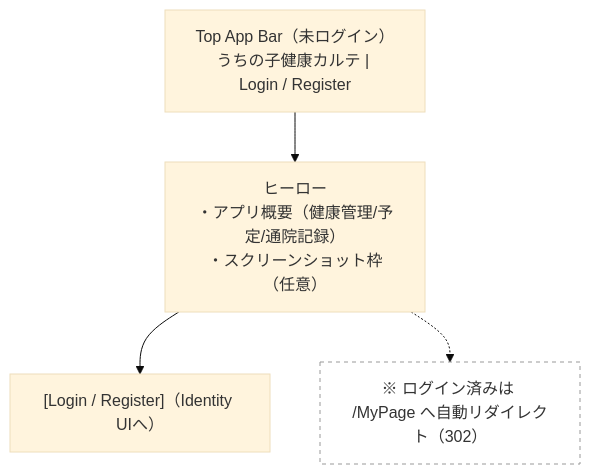
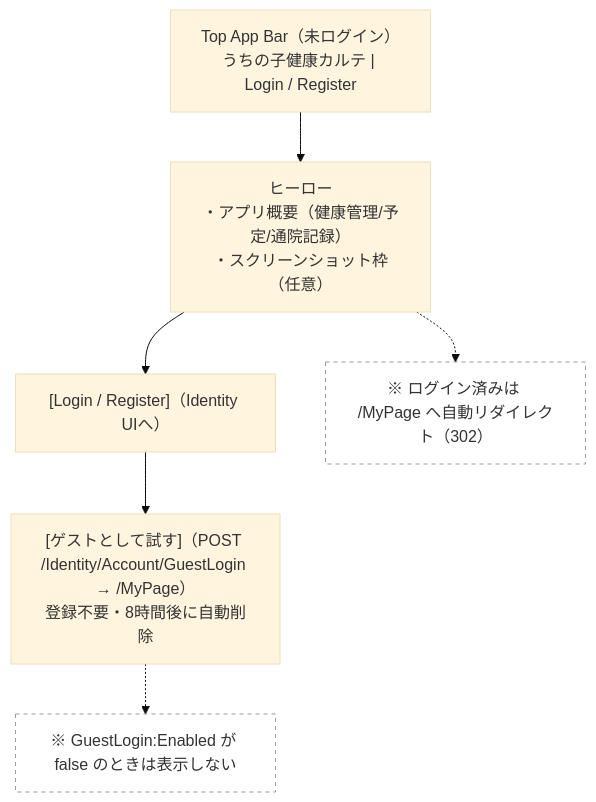
Before and after one commit to Cat5Dog2/PetHealthManagement: the second of 24 diagrams in docs/ui-wireframe.md, drawn with Mermaid (base theme). The commit also changed other lines of this file and 8 other files, not shown here.

First line of the commit message:
docs: specify guest login for trying the app without signing up

````diff
--- a/docs/ui-wireframe.md
+++ b/docs/ui-wireframe.md
@@ -41,12 +46,15 @@
 ```mermaid
 flowchart TB
   Header["Top App Bar（未ログイン）<br/>うちの子健康カルテ | Login / Register"]
   Hero["ヒーロー<br/>・アプリ概要（健康管理/予定/通院記録）<br/>・スクリーンショット枠（任意）"]
   CTA["[Login / Register]（Identity UIへ）"]
+  GuestCTA["[ゲストとして試す]（POST /Identity/Account/GuestLogin → /MyPage）<br/>登録不要・8時間後に自動削除"]
   Note["※ ログイン済みは /MyPage へ自動リダイレクト（302）"]:::note
+  GuestNote["※ GuestLogin:Enabled が false のときは表示しない"]:::note
 
-  Header --> Hero --> CTA
+  Header --> Hero --> CTA --> GuestCTA
   Hero -.-> Note
+  GuestCTA -.-> GuestNote
 
   classDef note fill:#fff,stroke:#999,stroke-dasharray: 4 4,color:#333;
 ```
````
